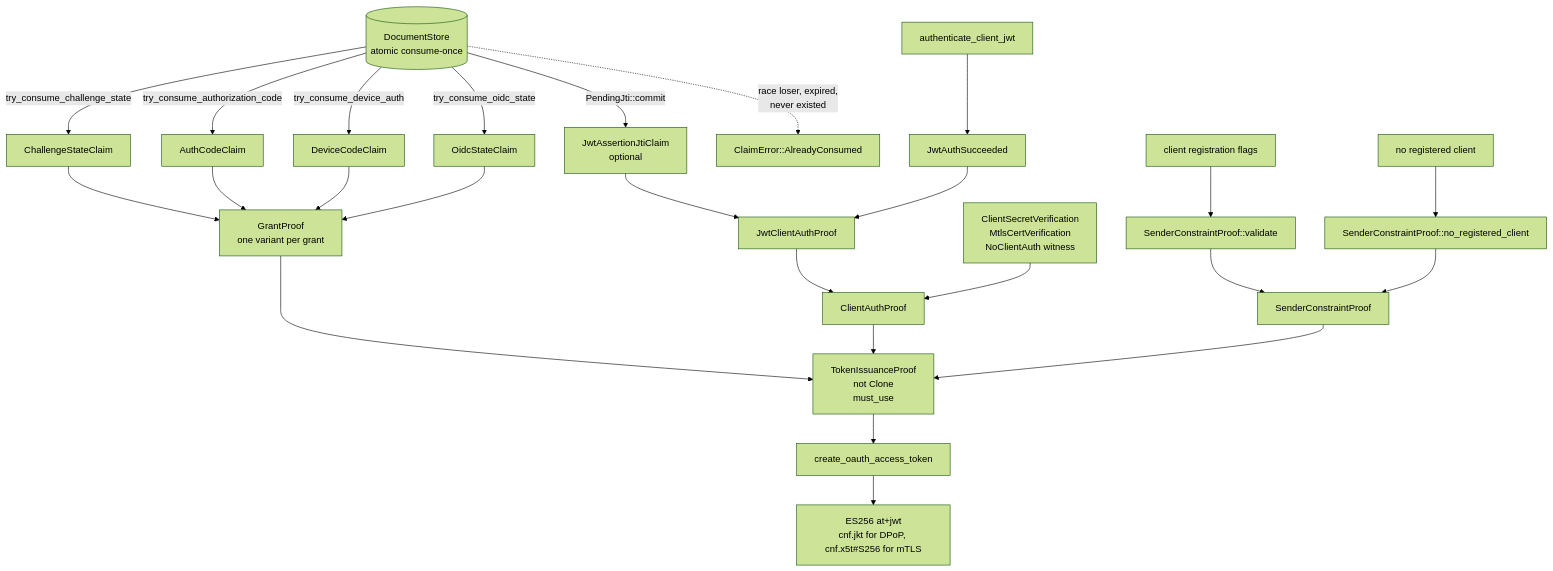
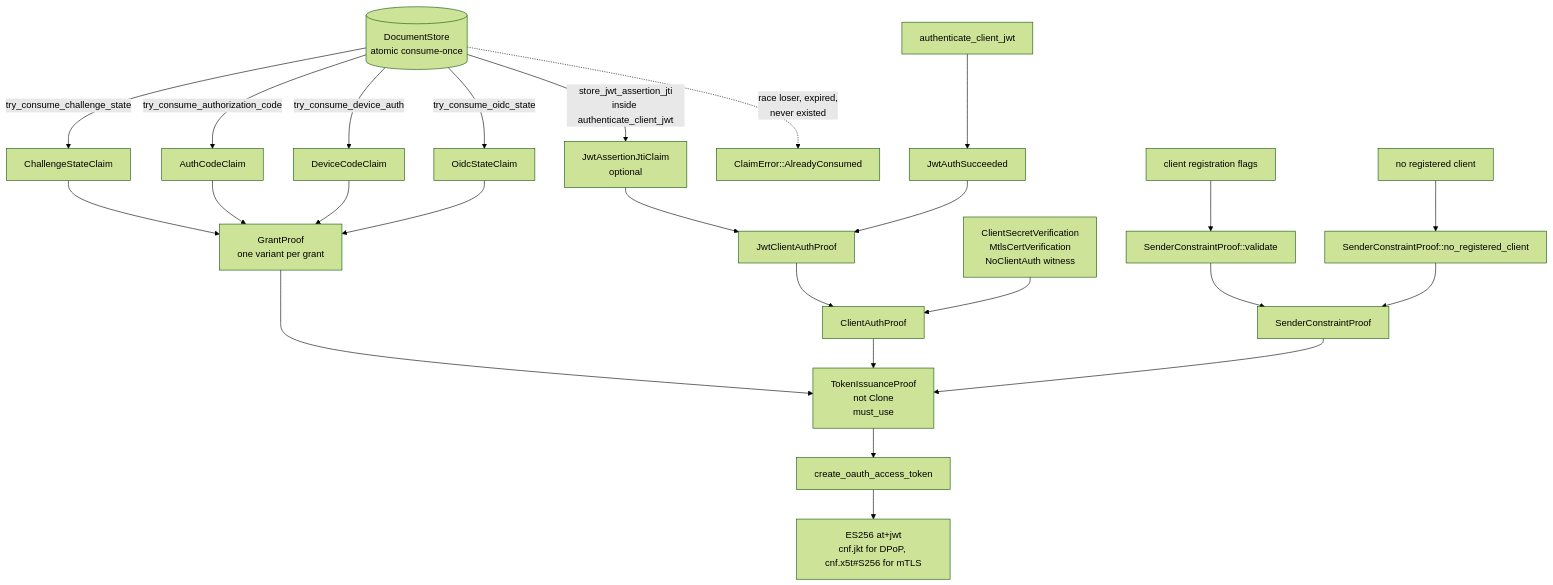
The third of 7 diagrams in crates/vouch-server/ARCHITECTURE.md (vouch-sh/vouch), drawn with Mermaid (forest theme) before and after one commit. The commit also changed other lines of this file and 8 other files, not shown here.

````diff
--- a/crates/vouch-server/ARCHITECTURE.md
+++ b/crates/vouch-server/ARCHITECTURE.md
@@ -138,22 +138,22 @@
 ```mermaid
 flowchart TB
   store[("DocumentStore<br/>atomic consume-once")]
   store -- "try_consume_challenge_state" --> w1["ChallengeStateClaim"]
   store -- "try_consume_authorization_code" --> w2["AuthCodeClaim"]
   store -- "try_consume_device_auth" --> w3["DeviceCodeClaim"]
   store -- "try_consume_oidc_state" --> w4["OidcStateClaim"]
-  store -- "PendingJti::commit" --> w5["JwtAssertionJtiClaim<br/>optional"]
+  store -- "store_jwt_assertion_jti<br/>inside authenticate_client_jwt" --> w5["JwtAssertionJtiClaim<br/>optional"]
   store -. "race loser, expired,<br/>never existed" .-> ce["ClaimError::AlreadyConsumed"]
   w1 & w2 & w3 & w4 --> gp["GrantProof<br/>one variant per grant"]
   jwta["authenticate_client_jwt"] --> jas["JwtAuthSucceeded"] --> jw["JwtClientAuthProof"]
   w5 --> jw
   jw --> cap["ClientAuthProof"]
   sec["ClientSecretVerification<br/>MtlsCertVerification<br/>NoClientAuth witness"] --> cap
   reg["client registration flags"] --> scv["SenderConstraintProof::validate"] --> scp["SenderConstraintProof"]
   nrc["no registered client"] --> scn["SenderConstraintProof::no_registered_client"] --> scp
   gp --> tip["TokenIssuanceProof<br/>not Clone<br/>must_use"]
   cap --> tip
   scp --> tip
   tip --> mint["create_oauth_access_token"]
   mint --> at["ES256 at+jwt<br/>cnf.jkt for DPoP, cnf.x5t#S256 for mTLS"]
 ```
````
